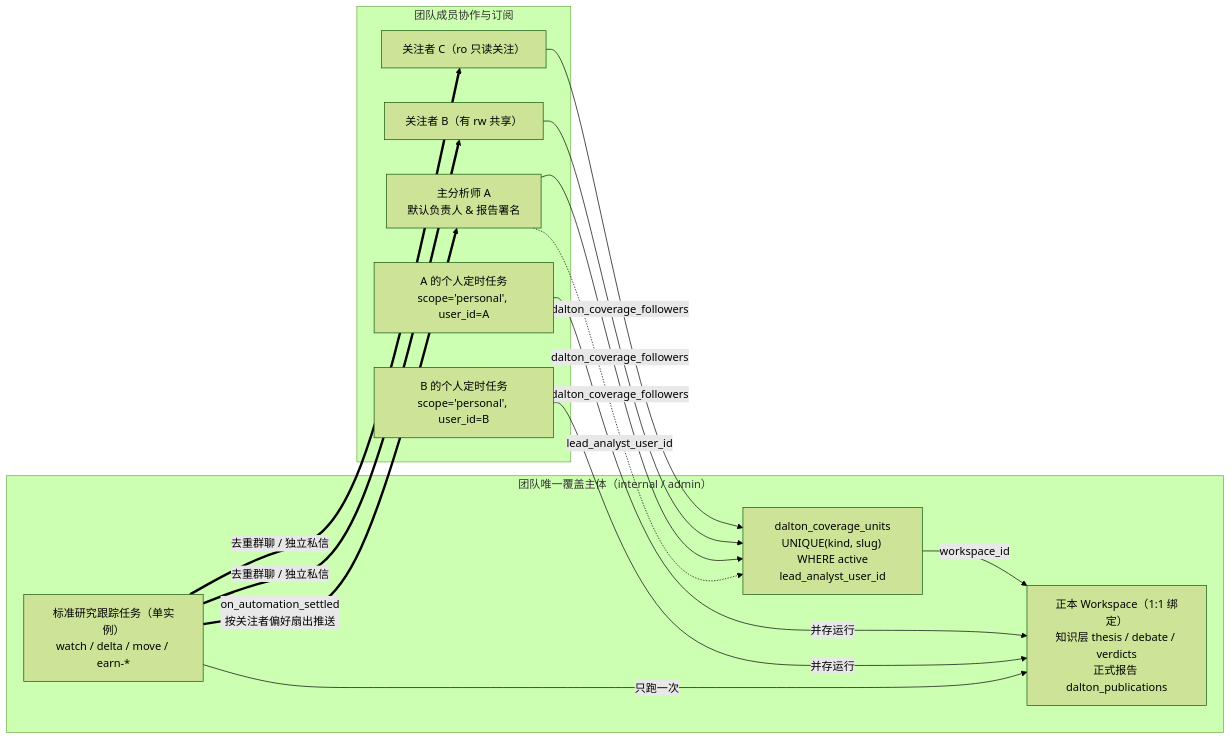
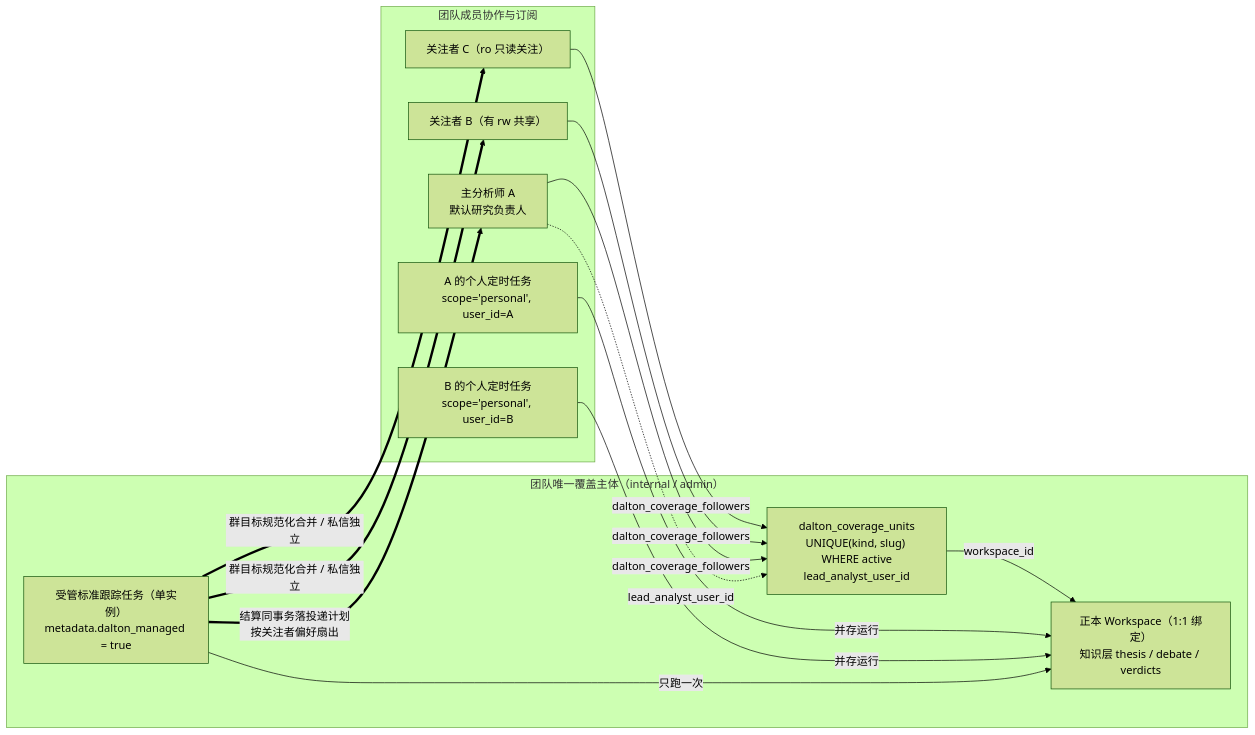
Before and after one commit to everflowinv/dalton-langalpha: the first of 2 diagrams in docs/dalton/features/coverage-follows-company.md, drawn with Mermaid (forest theme). The commit also changed other lines of this file, not shown here.

Commit message:
design r2: cutover order, lossless task migration with two-stage rollback, managed tracking classification, recoverable fan-out, trimmed scope

````diff
--- a/docs/dalton/features/coverage-follows-company.md
+++ b/docs/dalton/features/coverage-follows-company.md
@@ -25,28 +25,28 @@
 ```mermaid
 flowchart LR
     subgraph Team["团队唯一覆盖主体（internal / admin）"]
         CU["dalton_coverage_units<br/>UNIQUE(kind, slug) WHERE active<br/>lead_analyst_user_id"]
-        WS["正本 Workspace（1:1 绑定）<br/>知识层 thesis / debate / verdicts<br/>正式报告 dalton_publications"]
-        RT["标准研究跟踪任务（单实例）<br/>watch / delta / move / earn-*"]
+        WS["正本 Workspace（1:1 绑定）<br/>知识层 thesis / debate / verdicts"]
+        RT["受管标准跟踪任务（单实例）<br/>metadata.dalton_managed = true"]
         CU -->|workspace_id| WS
         RT -->|只跑一次| WS
     end
 
     subgraph Colleagues["团队成员协作与订阅"]
-        LA["主分析师 A<br/>默认负责人 & 报告署名"]
+        LA["主分析师 A<br/>默认研究负责人"]
         F1["关注者 B（有 rw 共享）"]
         F2["关注者 C（ro 只读关注）"]
         PA["A 的个人定时任务<br/>scope='personal', user_id=A"]
         PB["B 的个人定时任务<br/>scope='personal', user_id=B"]
     end
 
     LA -.->|lead_analyst_user_id| CU
     LA -->|dalton_coverage_followers| CU
     F1 -->|dalton_coverage_followers| CU
     F2 -->|dalton_coverage_followers| CU
     PA -->|并存运行| WS
     PB -->|并存运行| WS
-    RT ==>|on_automation_settled<br/>按关注者偏好扇出推送| LA
-    RT ==>|去重群聊 / 独立私信| F1
-    RT ==>|去重群聊 / 独立私信| F2
+    RT ==>|结算同事务落投递计划<br/>按关注者偏好扇出| LA
+    RT ==>|群目标规范化合并 / 私信独立| F1
+    RT ==>|群目标规范化合并 / 私信独立| F2
 ```
````
